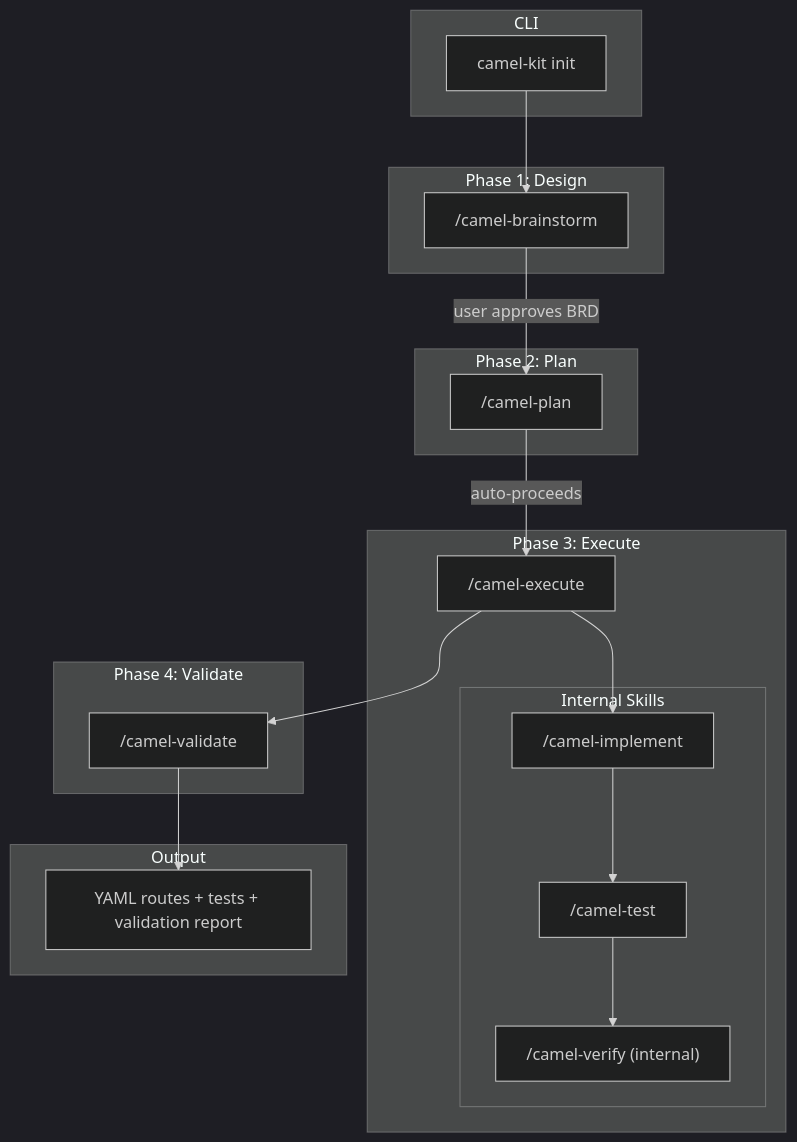
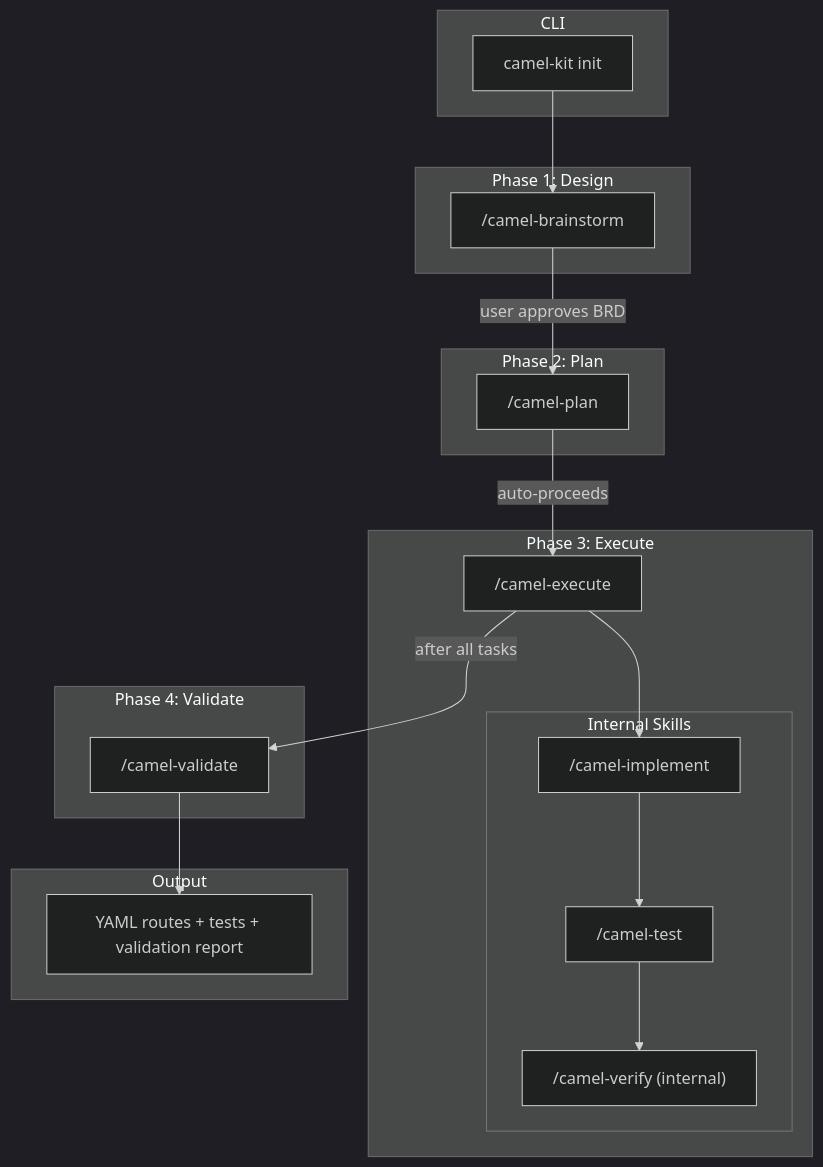
The third of 3 diagrams in docs/user-guide.md (luigidemasi/camel-kit), drawn with Mermaid (dark theme) before and after one commit. The commit also changed 4 other files, not shown here.

````diff
--- a/docs/user-guide.md
+++ b/docs/user-guide.md
@@ -204,33 +204,33 @@
 ```mermaid
 flowchart TB
     subgraph CLI
         A["camel-kit init"]
     end
     subgraph "Phase 1: Design"
         B["/camel-brainstorm"]
     end
     subgraph "Phase 2: Plan"
         C["/camel-plan"]
     end
     subgraph "Phase 3: Execute"
         D["/camel-execute"]
         subgraph "Internal Skills"
             I["/camel-implement"]
             T["/camel-test"]
             R["/camel-verify (internal)"]
         end
     end
     subgraph "Phase 4: Validate"
         VF["/camel-validate"]
     end
     subgraph Output
         E["YAML routes + tests + validation report"]
     end
 
     A --> B
     B -->|"user approves BRD"| C
     C -->|"auto-proceeds"| D
     D --> I --> T --> R
-    D --> VF
+    D -->|"after all tasks"| VF
     VF --> E
 ```
````
